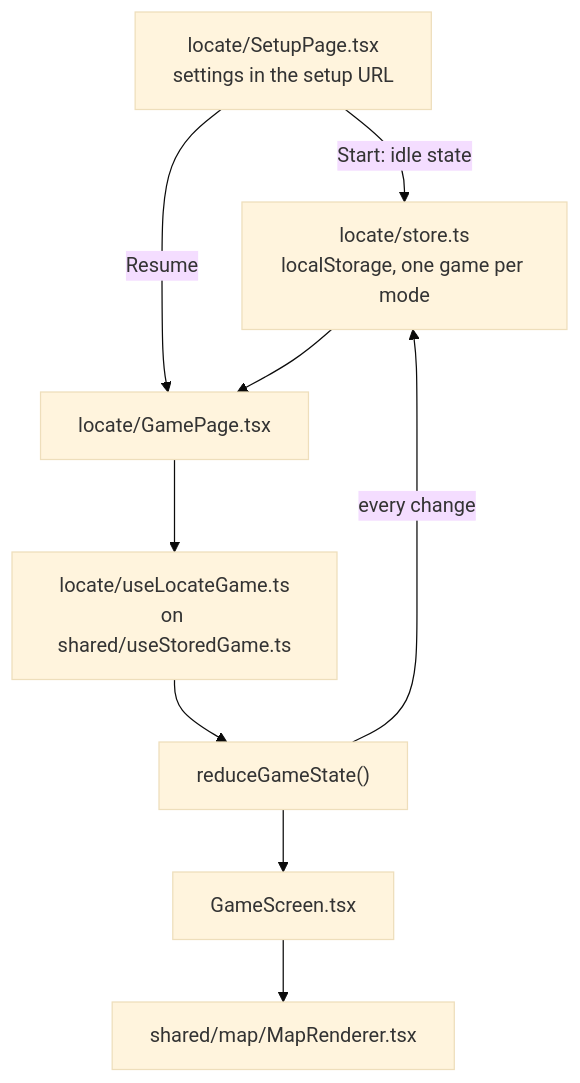
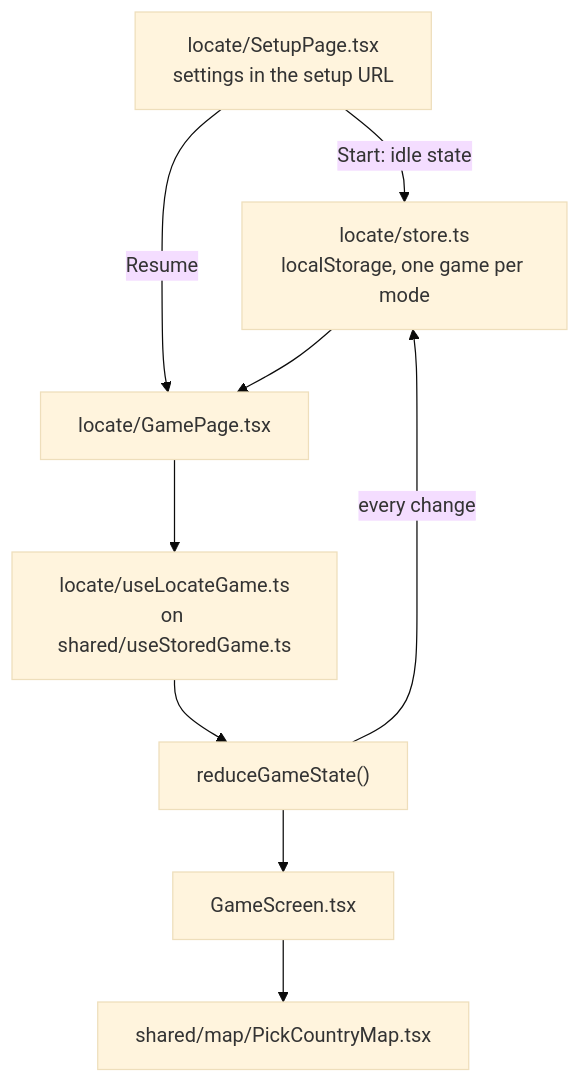
The first of 2 diagrams in docs/architecture/singleplayer.md (atamuratov07/georally-game), drawn with Mermaid (base theme) before and after one commit. The commit also changed other lines of this file and 35 other files, not shown here.

````diff
--- a/docs/architecture/singleplayer.md
+++ b/docs/architecture/singleplayer.md
@@ -7,11 +7,11 @@
 ```mermaid
 graph TD
     Setup["locate/SetupPage.tsx<br/>settings in the setup URL"] -->|Start: idle state| Store["locate/store.ts<br/>localStorage, one game per mode"]
     Setup -->|Resume| GamePage["locate/GamePage.tsx"]
     Store --> GamePage
     GamePage --> Hook["locate/useLocateGame.ts<br/>on shared/useStoredGame.ts"]
     Hook --> Reducer["reduceGameState()"]
     Reducer -->|every change| Store
     Reducer --> Screen["GameScreen.tsx"]
-    Screen --> Map["shared/map/MapRenderer.tsx"]
+    Screen --> Map["shared/map/PickCountryMap.tsx"]
 ```
````
